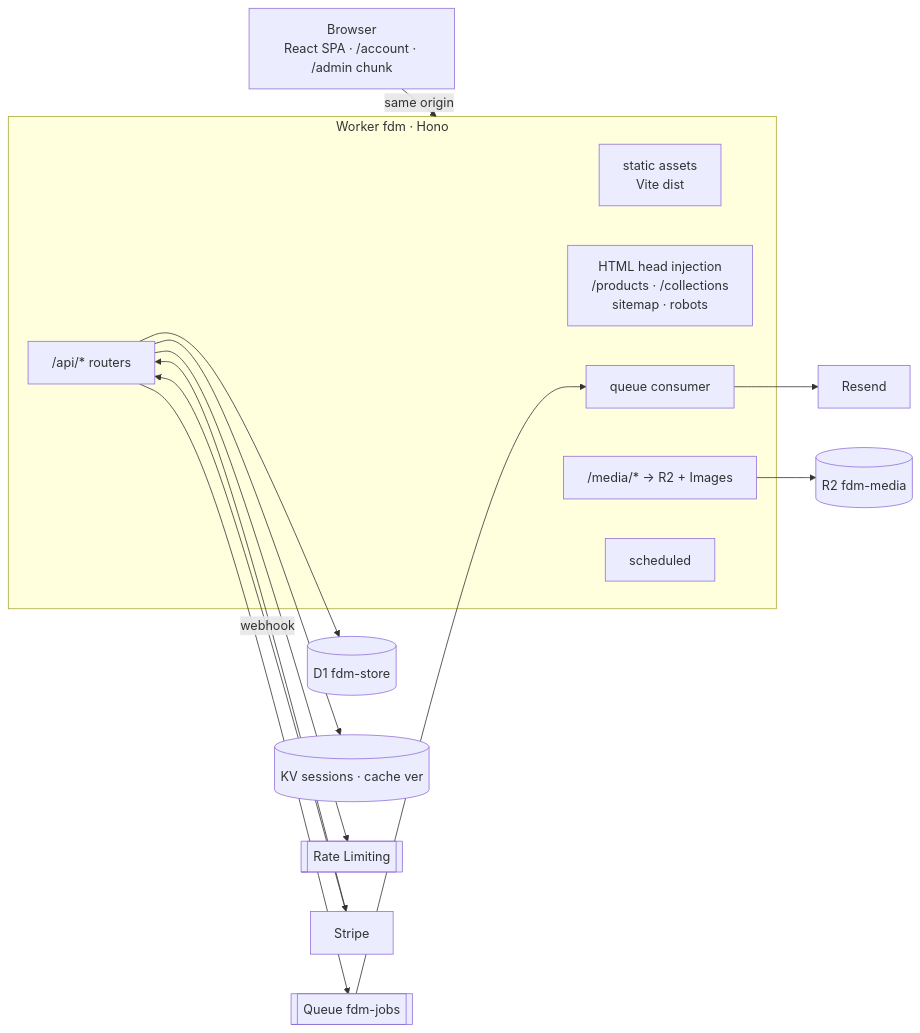
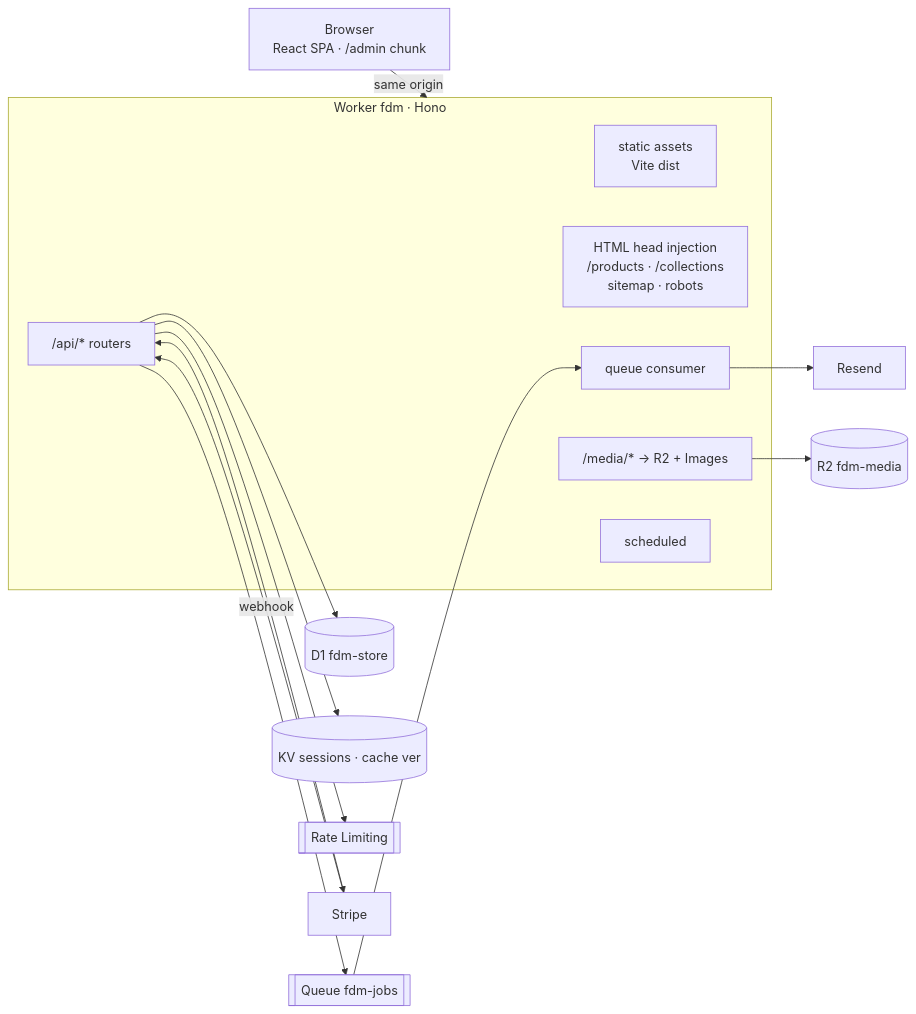
One commit to omarnaous/FolieApresmidi changed the diagram in docs/ARCHITECTURE.md. Above: the diagram before and after it, drawn with Mermaid. The commit also changed other lines of this file and 157 other files, not shown here.

````diff
--- a/docs/ARCHITECTURE.md
+++ b/docs/ARCHITECTURE.md
@@ -81,21 +81,21 @@
 ```mermaid
 flowchart LR
-  B[Browser<br/>React SPA · /account · /admin chunk] -->|same origin| W
+  B[Browser<br/>React SPA · /admin chunk] -->|same origin| W
   subgraph W[Worker fdm · Hono]
     A[static assets<br/>Vite dist]
     API["/api/* routers"]
     SEO["HTML head injection<br/>/products · /collections<br/>sitemap · robots"]
     MED["/media/* → R2 + Images"]
     QC[queue consumer]
     CR[scheduled]
   end
   API --> D1[(D1 fdm-store)]
   API --> KV[(KV sessions · cache ver)]
   API --> RL[[Rate Limiting]]
   API --> Q[[Queue fdm-jobs]]
   MED --> R2[(R2 fdm-media)]
   Q --> QC
   QC --> RS[Resend]
   API <--> ST[Stripe]
   ST -->|webhook| API
 ```
````
